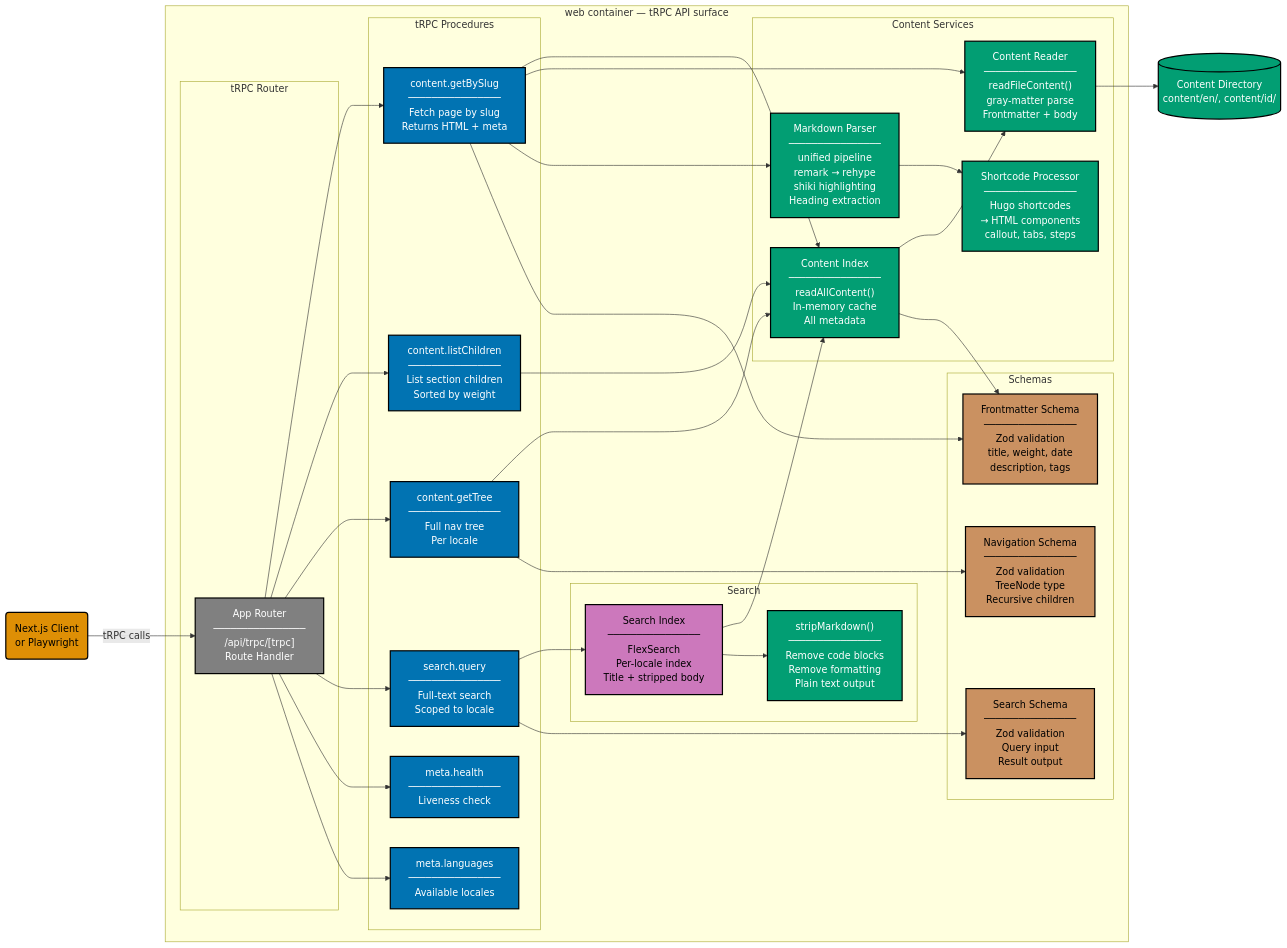
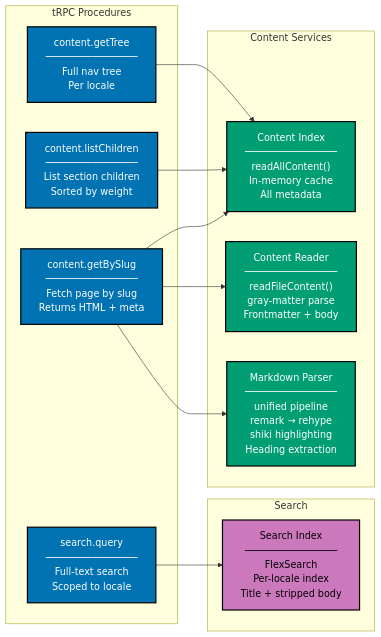
One commit to wahidyankf/baseerah changed the second of 4 diagrams in specs/apps/ayokoding/components/api/component-api.md. Above: the diagram before and after it, drawn with Mermaid. The commit also changed other lines of this file and 20 other files, not shown here.

First line of the commit message:
fix(docs): remediate mermaid violations surfaced by the detect_kind fix

````diff
--- a/specs/apps/ayokoding/components/api/component-api.md
+++ b/specs/apps/ayokoding/components/api/component-api.md
@@ -13,82 +62,33 @@
 ```mermaid
 %% Color Palette: Blue #0173B2 | Orange #DE8F05 | Teal #029E73 | Purple #CC78BC | Brown #CA9161 | Gray #808080
 graph LR
-    CLIENT("Next.js Client<br/>or Playwright"):::actor
 
-    subgraph SERVER["web container — tRPC API surface"]
-
-        subgraph LAYER1["tRPC Router"]
-            ROUTER["App Router<br/>────────────────<br/>/api/trpc/[trpc]<br/>Route Handler"]:::handler
-        end
-
-        subgraph LAYER2["tRPC Procedures"]
-            CP["content.getBySlug<br/>────────────────<br/>Fetch page by slug<br/>Returns HTML + meta"]:::procedure
-            CL["content.listChildren<br/>────────────────<br/>List section children<br/>Sorted by weight"]:::procedure
-            CT["content.getTree<br/>────────────────<br/>Full nav tree<br/>Per locale"]:::procedure
-            SQ["search.query<br/>────────────────<br/>Full-text search<br/>Scoped to locale"]:::procedure
-            MH["meta.health<br/>────────────────<br/>Liveness check"]:::procedure
-            ML["meta.languages<br/>────────────────<br/>Available locales"]:::procedure
-        end
-
-        subgraph LAYER3["Content Services"]
-            CI["Content Index<br/>────────────────<br/>readAllContent()<br/>In-memory cache<br/>All metadata"]:::service
-            CR["Content Reader<br/>────────────────<br/>readFileContent()<br/>gray-matter parse<br/>Frontmatter + body"]:::service
-            MP["Markdown Parser<br/>────────────────<br/>unified pipeline<br/>remark → rehype<br/>shiki highlighting<br/>Heading extraction"]:::service
-            SC["Shortcode Processor<br/>────────────────<br/>Hugo shortcodes<br/>→ HTML components<br/>callout, tabs, steps"]:::service
-        end
-
-        subgraph LAYER4["Search"]
-            SI["Search Index<br/>────────────────<br/>FlexSearch<br/>Per-locale index<br/>Title + stripped body"]:::search
-            SM["stripMarkdown()<br/>────────────────<br/>Remove code blocks<br/>Remove formatting<br/>Plain text output"]:::service
-        end
-
-        subgraph LAYER5["Schemas"]
-            FS["Frontmatter Schema<br/>────────────────<br/>Zod validation<br/>title, weight, date<br/>description, tags"]:::schema
-            NS["Navigation Schema<br/>────────────────<br/>Zod validation<br/>TreeNode type<br/>Recursive children"]:::schema
-            SS["Search Schema<br/>────────────────<br/>Zod validation<br/>Query input<br/>Result output"]:::schema
-        end
-
+    subgraph LAYER2["tRPC Procedures"]
+        CP["content.getBySlug<br/>────────────────<br/>Fetch page by slug<br/>Returns HTML + meta"]:::procedure
+        CL["content.listChildren<br/>────────────────<br/>List section children<br/>Sorted by weight"]:::procedure
+        CT["content.getTree<br/>────────────────<br/>Full nav tree<br/>Per locale"]:::procedure
+        SQ["search.query<br/>────────────────<br/>Full-text search<br/>Scoped to locale"]:::procedure
     end
 
-    CONTENT[("Content Directory<br/>content/en/, content/id/")]:::datastore
+    subgraph LAYER3["Content Services"]
+        CI["Content Index<br/>────────────────<br/>readAllContent()<br/>In-memory cache<br/>All metadata"]:::service
+        CR["Content Reader<br/>────────────────<br/>readFileContent()<br/>gray-matter parse<br/>Frontmatter + body"]:::service
+        MP["Markdown Parser<br/>────────────────<br/>unified pipeline<br/>remark → rehype<br/>shiki highlighting<br/>Heading extraction"]:::service
+    end
 
-    %% Client → Router → Procedures
-    CLIENT -->|"tRPC calls"| ROUTER
-    ROUTER --> CP
-    ROUTER --> CL
-    ROUTER --> CT
-    ROUTER --> SQ
-    ROUTER --> MH
-    ROUTER --> ML
+    subgraph LAYER4["Search"]
+        SI["Search Index<br/>────────────────<br/>FlexSearch<br/>Per-locale index<br/>Title + stripped body"]:::search
+    end
 
     %% Procedures → Services
     CP --> CI
     CP --> CR
     CP --> MP
     CL --> CI
     CT --> CI
     SQ --> SI
 
-    %% Services → Content
-    CI --> CR
-    CR --> CONTENT
-    MP --> SC
-
-    %% Search → Content
-    SI --> CI
-    SI --> SM
-
-    %% Schemas validate input/output
-    CP --> FS
-    CI --> FS
-    CT --> NS
-    SQ --> SS
-
-    classDef actor fill:#DE8F05,stroke:#000000,color:#000000,stroke-width:2px
-    classDef handler fill:#808080,stroke:#000000,color:#FFFFFF,stroke-width:2px
     classDef procedure fill:#0173B2,stroke:#000000,color:#FFFFFF,stroke-width:2px
     classDef service fill:#029E73,stroke:#000000,color:#FFFFFF,stroke-width:2px
     classDef search fill:#CC78BC,stroke:#000000,color:#000000,stroke-width:2px
-    classDef schema fill:#CA9161,stroke:#000000,color:#000000,stroke-width:2px
-    classDef datastore fill:#029E73,stroke:#000000,color:#FFFFFF,stroke-width:2px
 ```
````
